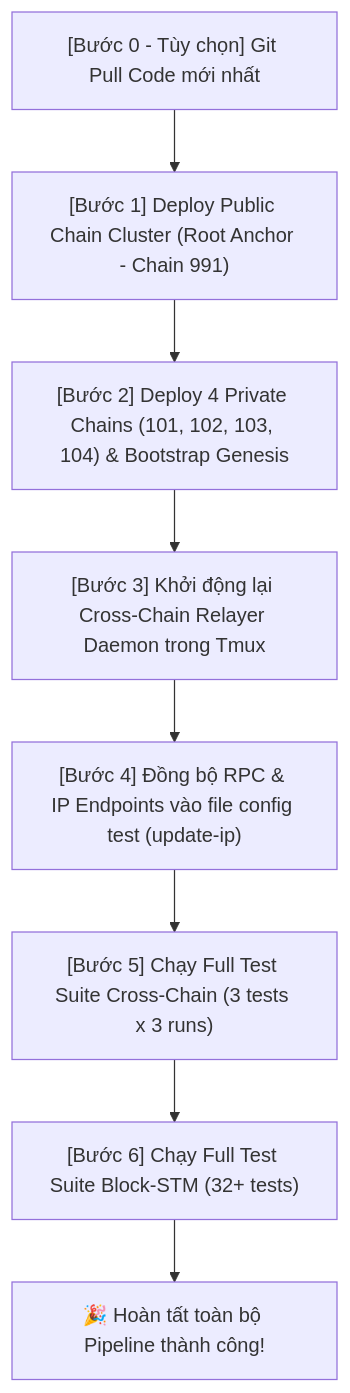
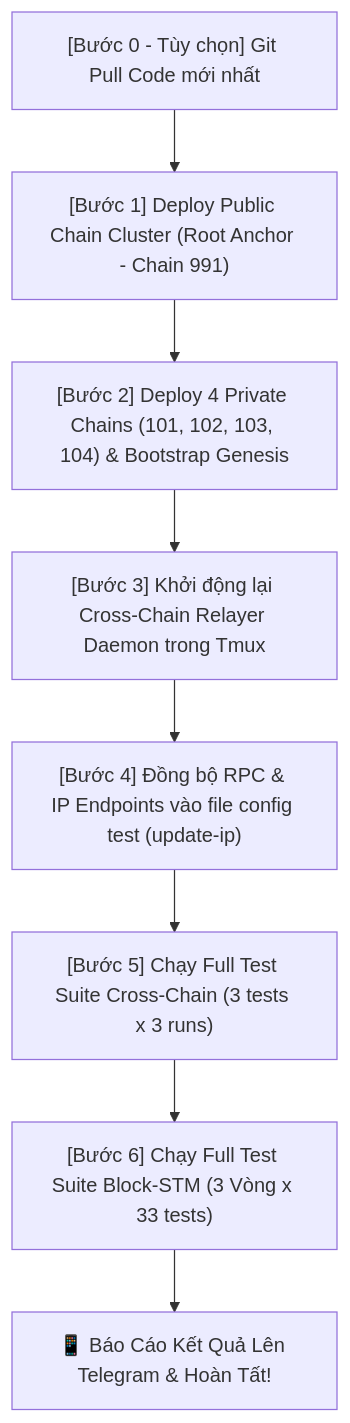
The diagram in deploy/ansible/RUN_PIPELINE_GUIDE.md (x3pi/metanode), drawn with Mermaid before and after one commit. The commit also changed other lines of this file and 1 other file, not shown here.

Commit message:
docs: update pipeline execution guide and refine shell script automation steps

````diff
--- a/deploy/ansible/RUN_PIPELINE_GUIDE.md
+++ b/deploy/ansible/RUN_PIPELINE_GUIDE.md
@@ -33,10 +36,10 @@
 ```mermaid
 flowchart TD
     A["[Bước 0 - Tùy chọn] Git Pull Code mới nhất"] --> B["[Bước 1] Deploy Public Chain Cluster (Root Anchor - Chain 991)"]
     B --> C["[Bước 2] Deploy 4 Private Chains (101, 102, 103, 104) & Bootstrap Genesis"]
     C --> D["[Bước 3] Khởi động lại Cross-Chain Relayer Daemon trong Tmux"]
     D --> E["[Bước 4] Đồng bộ RPC & IP Endpoints vào file config test (update-ip)"]
     E --> F["[Bước 5] Chạy Full Test Suite Cross-Chain (3 tests x 3 runs)"]
-    F --> G["[Bước 6] Chạy Full Test Suite Block-STM (32+ tests)"]
-    G --> H["🎉 Hoàn tất toàn bộ Pipeline thành công!"]
+    F --> G["[Bước 6] Chạy Full Test Suite Block-STM (3 Vòng x 33 tests)"]
+    G --> H["📱 Báo Cáo Kết Quả Lên Telegram & Hoàn Tất!"]
 ```
````
